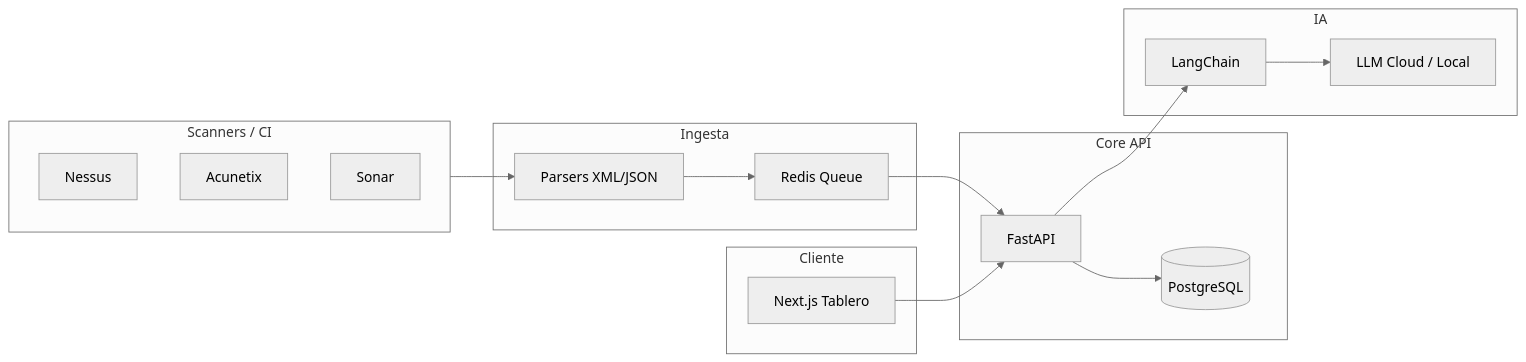
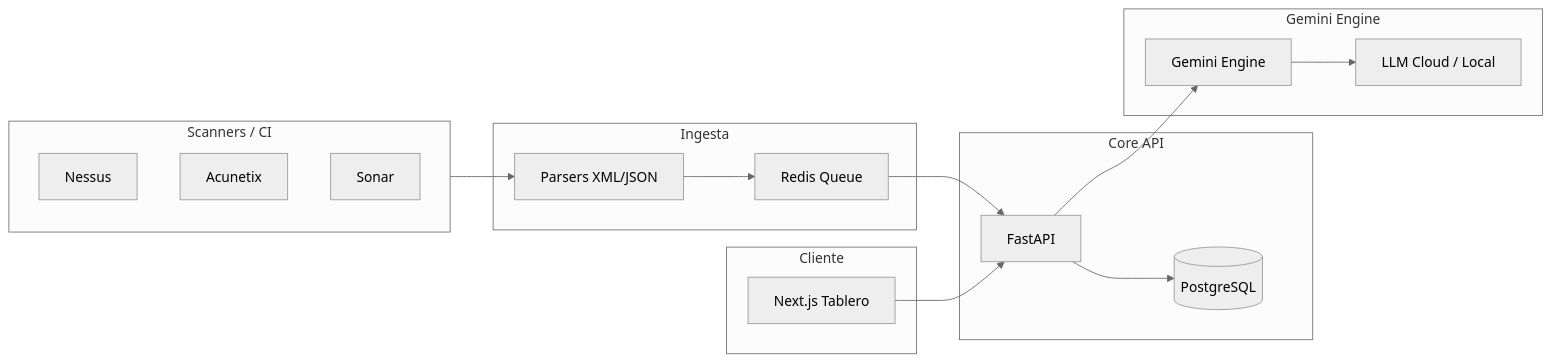
One commit to osvaldohdzm/Phantom changed the diagram in docs/TAD.md. Above: the diagram before and after it, drawn with Mermaid (neutral theme). The commit also changed other lines of this file and 255 other files, not shown here.

````diff
--- a/docs/TAD.md
+++ b/docs/TAD.md
@@ -21,30 +21,30 @@
 ```mermaid
 flowchart LR
   subgraph scanners [Scanners / CI]
     Nessus
     Acunetix
     Sonar
   end
   subgraph ingest [Ingesta]
     Parsers[Parsers XML/JSON]
     Queue[Redis Queue]
   end
   subgraph core [Core API]
     API[FastAPI]
     PG[(PostgreSQL)]
   end
-  subgraph ai [IA]
-    LC[LangChain]
+  subgraph ai [Gemini Engine]
+    GE[Gemini Engine]
     LLM[LLM Cloud / Local]
   end
   subgraph ui [Cliente]
     Dash[Next.js Tablero]
   end
   scanners --> Parsers
   Parsers --> Queue
   Queue --> API
   API --> PG
-  API --> LC
-  LC --> LLM
+  API --> GE
+  GE --> LLM
   Dash --> API
 ```
````
